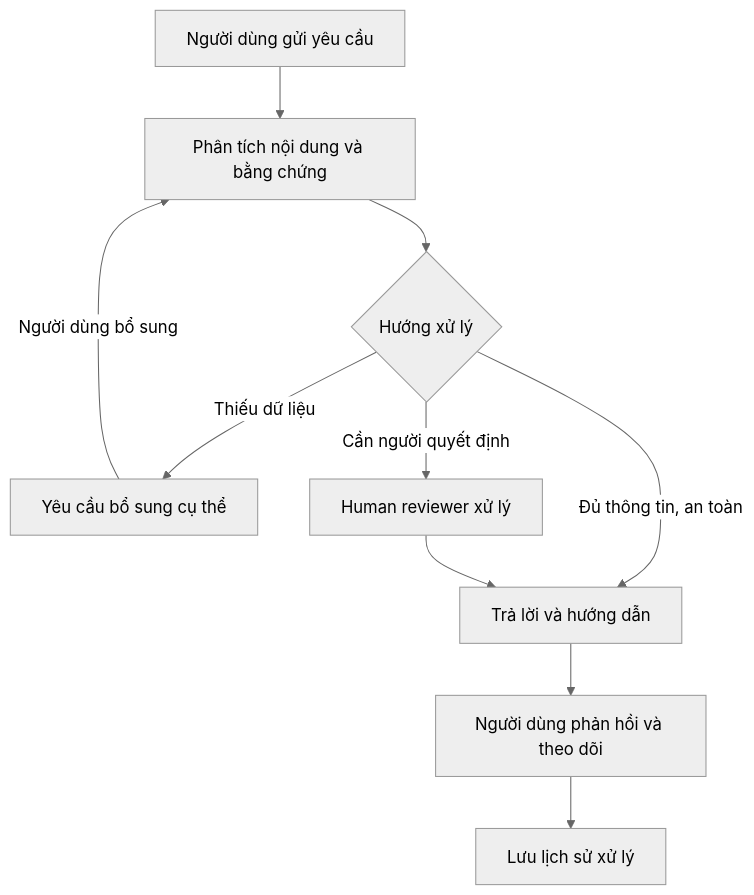
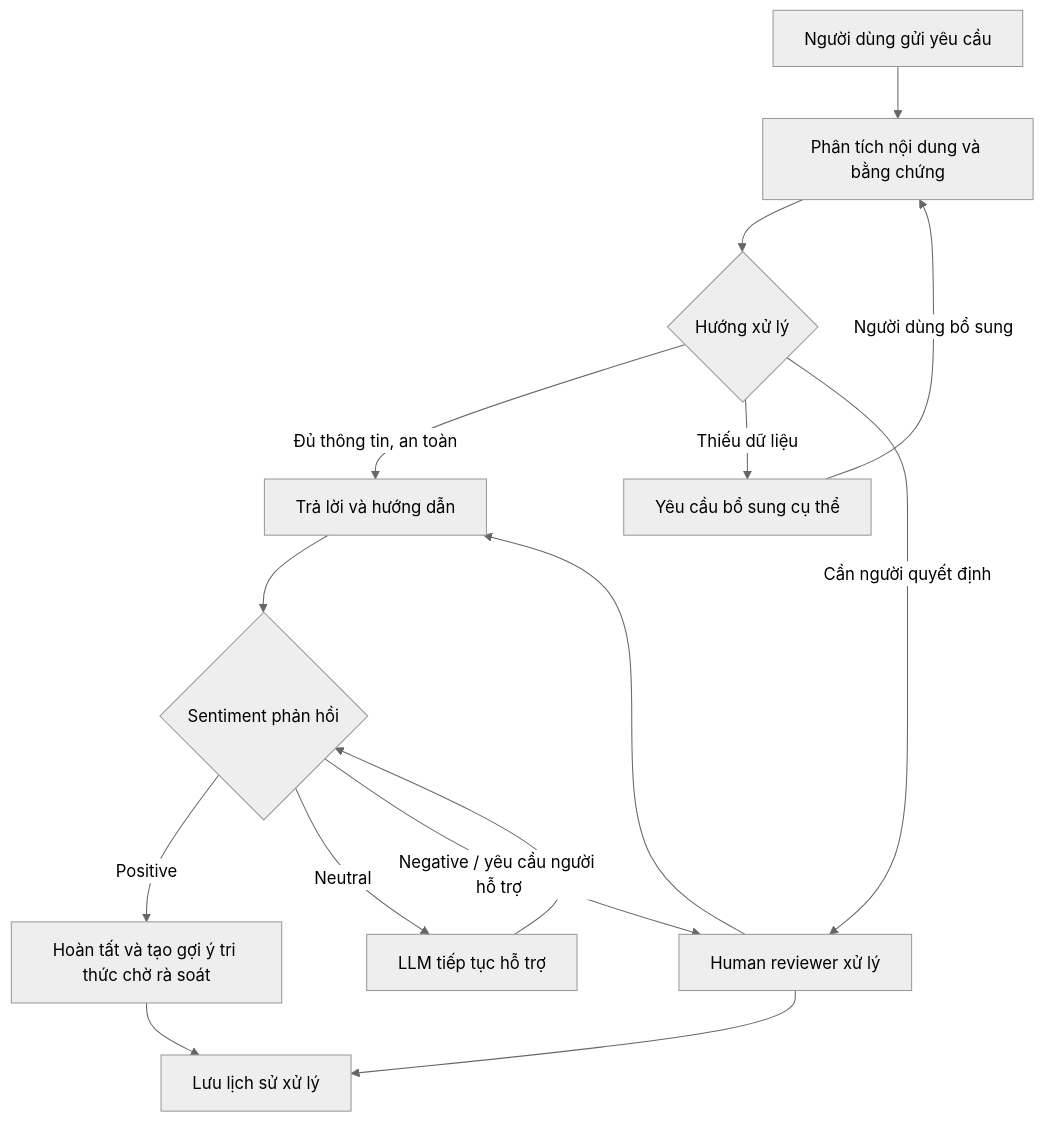
Before and after one commit to dakiemdarktharr/DOCRELAY_MLAI2026: the diagram in README.md, drawn with Mermaid (neutral theme). The commit also changed other lines of this file and 9 other files, not shown here.

````diff
--- a/README.md
+++ b/README.md
@@ -58,12 +58,17 @@
 ```mermaid
 flowchart TD
     A[Người dùng gửi yêu cầu] --> B[Phân tích nội dung và bằng chứng]
     B --> C{Hướng xử lý}
     C -->|Đủ thông tin, an toàn| D[Trả lời và hướng dẫn]
     C -->|Thiếu dữ liệu| E[Yêu cầu bổ sung cụ thể]
     E -->|Người dùng bổ sung| B
     C -->|Cần người quyết định| F[Human reviewer xử lý]
     F --> D
-    D --> G[Người dùng phản hồi và theo dõi]
-    G --> H[Lưu lịch sử xử lý]
+    D --> G{Sentiment phản hồi}
+    G -->|Positive| I[Hoàn tất và tạo gợi ý tri thức chờ rà soát]
+    G -->|Neutral| J[LLM tiếp tục hỗ trợ]
+    J --> G
+    G -->|Negative / yêu cầu người hỗ trợ| F
+    I --> H[Lưu lịch sử xử lý]
+    F --> H
 ```
````
